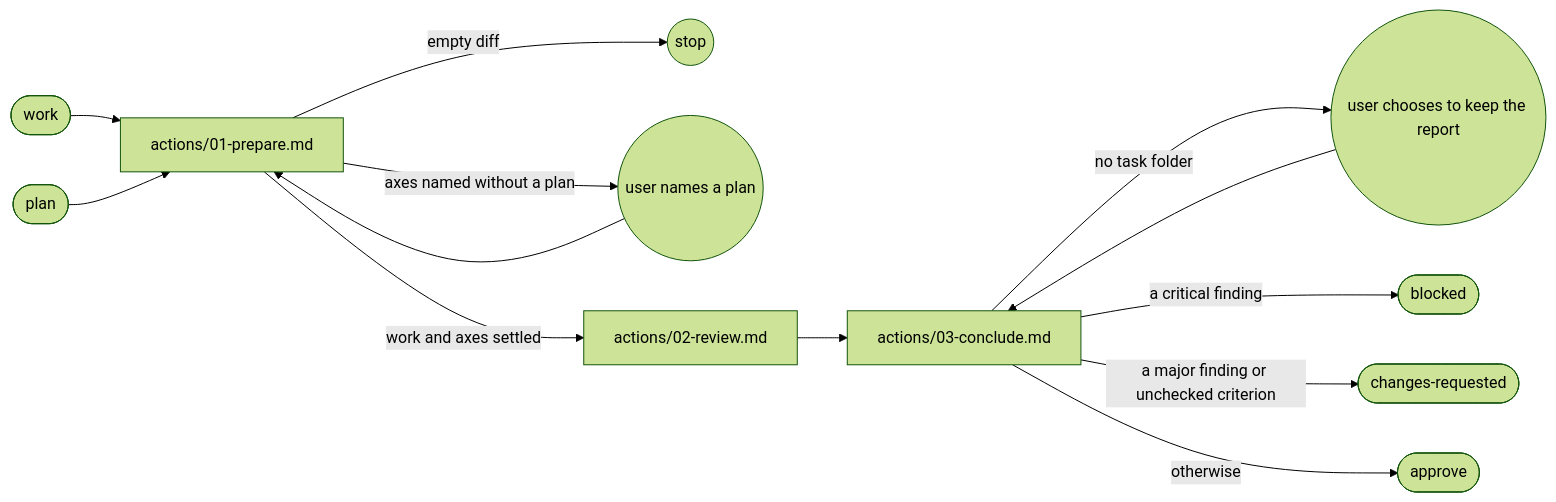
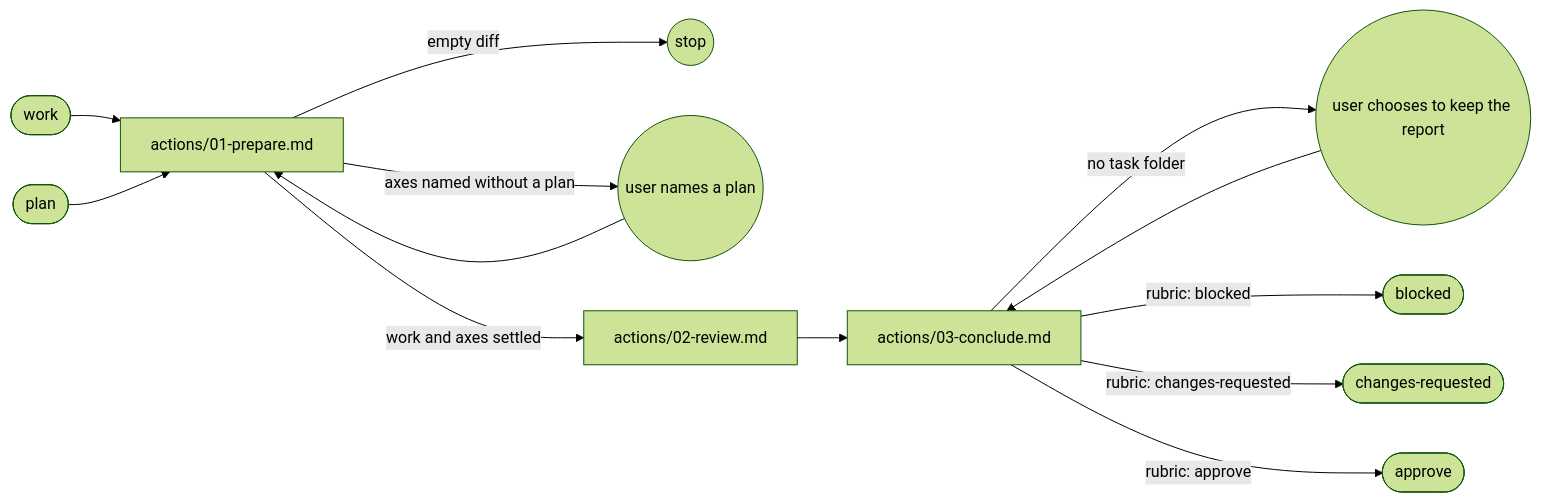
One commit to ai-driven-dev/framework changed the diagram in plugins/aidd-dev/skills/05-review/SKILL.md. Above: the diagram before and after it, drawn with Mermaid (forest theme). The commit also changed other lines of this file and 31 other files, not shown here.

````diff
--- a/plugins/aidd-dev/skills/05-review/SKILL.md
+++ b/plugins/aidd-dev/skills/05-review/SKILL.md
@@ -9,13 +9,13 @@
 ```mermaid
 flowchart LR
   work([work]) --> prepare["actions/01-prepare.md"]
   plan([plan]) --> prepare
   prepare -->|"empty diff"| stop((stop))
   prepare -->|"axes named without a plan"| axes((user names a plan)) --> prepare
   prepare -->|"work and axes settled"| review["actions/02-review.md"]
   review --> conclude["actions/03-conclude.md"]
   conclude -->|"no task folder"| keep((user chooses to keep the report)) --> conclude
-  conclude -->|"a critical finding"| blocked([blocked])
-  conclude -->|"a major finding or unchecked criterion"| changes([changes-requested])
-  conclude -->|"otherwise"| approve([approve])
+  conclude -->|"rubric: blocked"| blocked([blocked])
+  conclude -->|"rubric: changes-requested"| changes([changes-requested])
+  conclude -->|"rubric: approve"| approve([approve])
 ```
````
